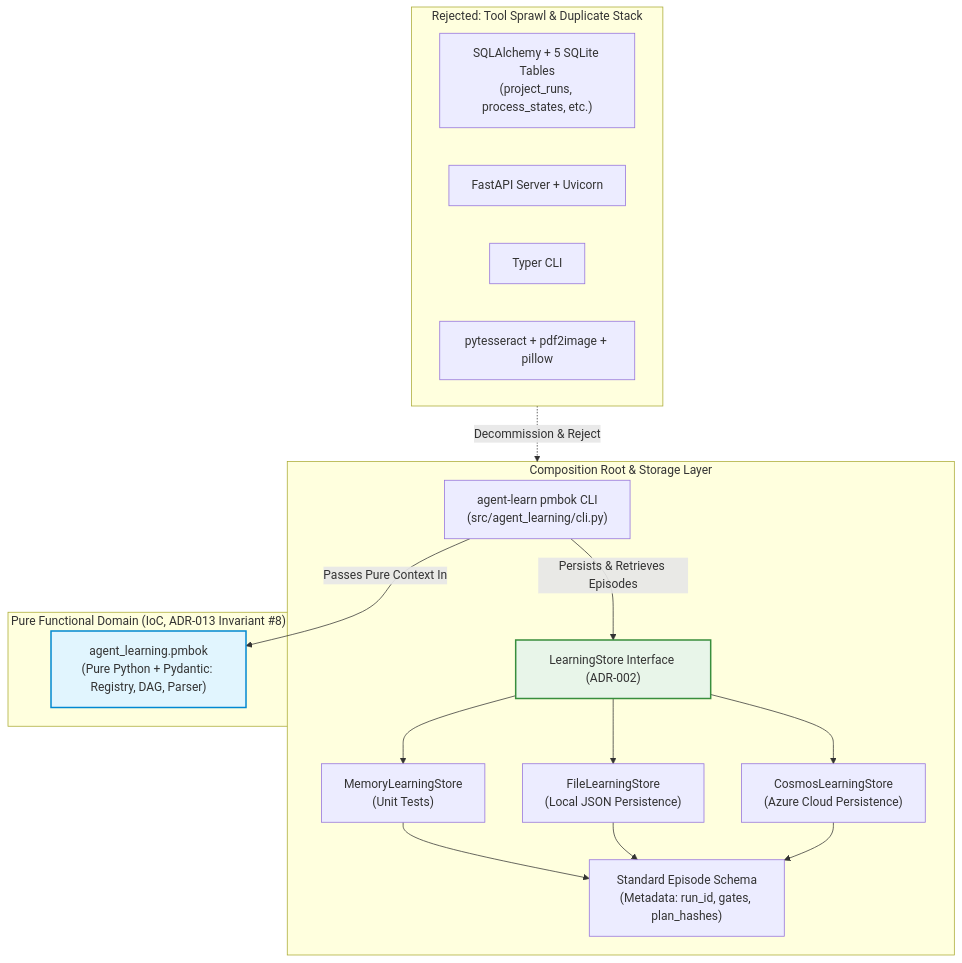
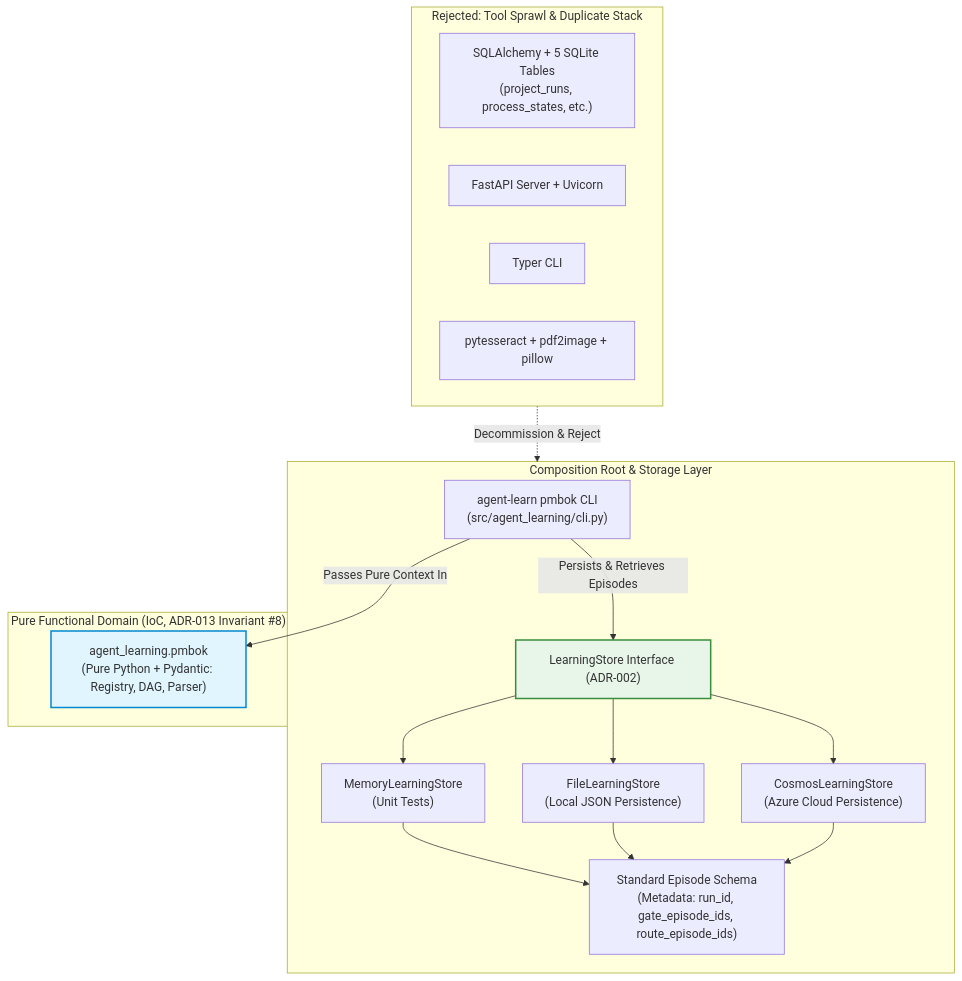
One commit to mdresch/agent-learning changed the diagram in docs/adr/ADR-034-pmbok-tooling-decommissioning-and-lightweight-learningstore-convergence.md. Above: the diagram before and after it, drawn with Mermaid. The commit also changed other lines of this file and 1 other file, not shown here.

Commit message:
docs(adr): integrate final Architecture Board polishes on ADR-012 and ADR-034

````diff
--- a/docs/adr/ADR-034-pmbok-tooling-decommissioning-and-lightweight-learningstore-convergence.md
+++ b/docs/adr/ADR-034-pmbok-tooling-decommissioning-and-lightweight-learningstore-convergence.md
@@ -55,35 +55,35 @@
 ```mermaid
 flowchart TD
     subgraph REJECTED ["Rejected: Tool Sprawl & Duplicate Stack"]
         SQL["SQLAlchemy + 5 SQLite Tables<br/>(project_runs, process_states, etc.)"]
         API["FastAPI Server + Uvicorn"]
         TYPER["Typer CLI"]
         OCR["pytesseract + pdf2image + pillow"]
     end
 
     subgraph RUNTIME ["Composition Root & Storage Layer"]
         CLI["agent-learn pmbok CLI<br/>(src/agent_learning/cli.py)"]
         LS["LearningStore Interface (ADR-002)"]
         COSMOS["CosmosLearningStore<br/>(Azure Cloud Persistence)"]
         FILE["FileLearningStore<br/>(Local JSON Persistence)"]
         MEM["MemoryLearningStore<br/>(Unit Tests)"]
-        EP["Standard Episode Schema<br/>(Metadata: run_id, gates, plan_hashes)"]
+        EP["Standard Episode Schema<br/>(Metadata: run_id, gate_episode_ids, route_episode_ids)"]
     end
 
     subgraph DOMAIN ["Pure Functional Domain (IoC, ADR-013 Invariant #8)"]
         PURE["agent_learning.pmbok<br/>(Pure Python + Pydantic: Registry, DAG, Parser)"]
     end
 
     REJECTED -.->|Decommission & Reject| RUNTIME
     CLI -->|Persists & Retrieves Episodes| LS
     CLI -->|Passes Pure Context In| PURE
     LS --> COSMOS
     LS --> FILE
     LS --> MEM
     MEM --> EP
     FILE --> EP
     COSMOS --> EP
 
     style PURE fill:#e1f5fe,stroke:#0288d1,stroke-width:2px;
     style LS fill:#e8f5e9,stroke:#388e3c,stroke-width:2px;
 ```
````
